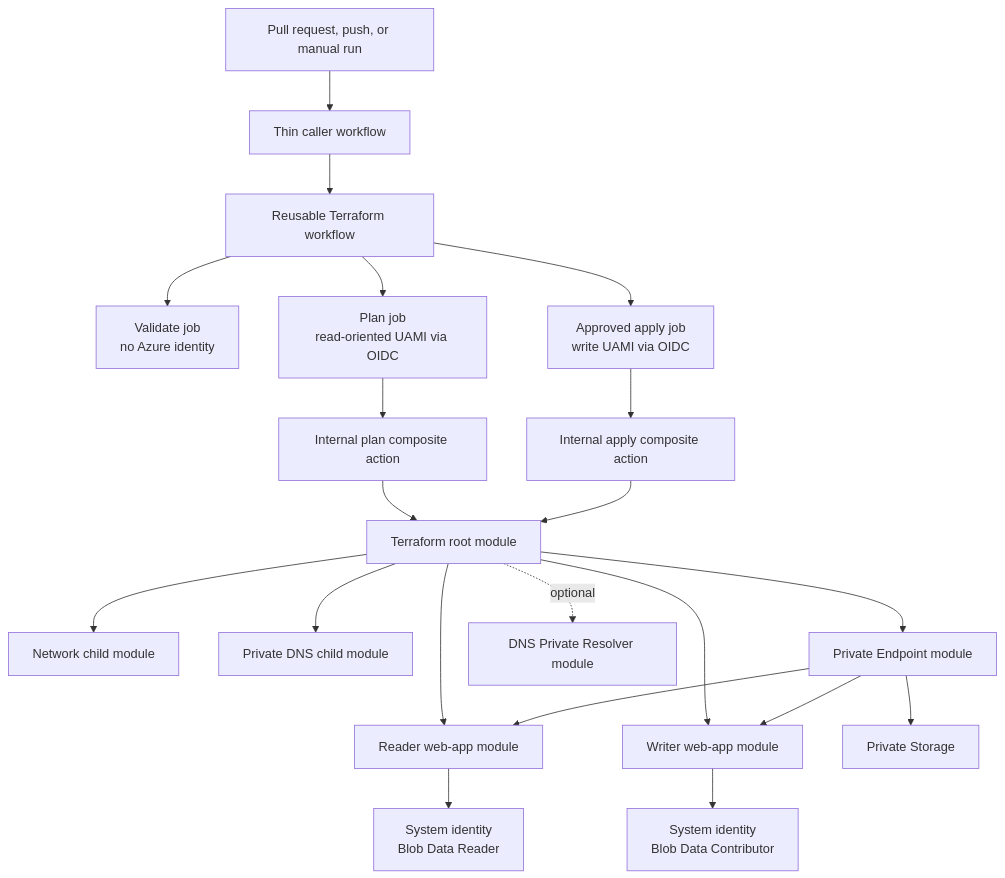
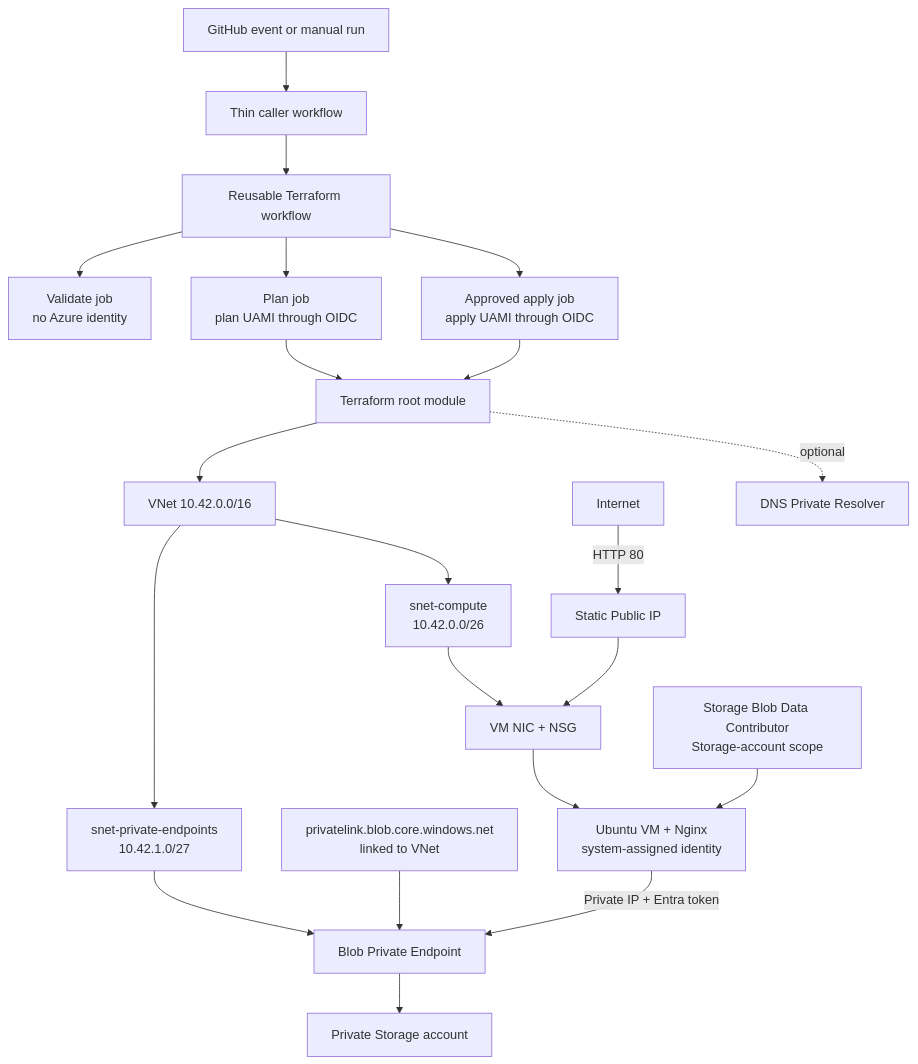
Before and after one commit to irfanozer/azure-private-app-lab: the diagram in README.md, drawn with Mermaid. The commit also changed other lines of this file and 22 other files, not shown here.

Commit message:
Switch Azure lab from App Service to a web VM

````diff
--- a/README.md
+++ b/README.md
@@ -22,27 +23,25 @@
 ```mermaid
 flowchart TD
-    E["Pull request, push, or manual run"] --> C["Thin caller workflow"]
+    G["GitHub event or manual run"] --> C["Thin caller workflow"]
     C --> R["Reusable Terraform workflow"]
+    R --> V["Validate job<br/>no Azure identity"]
+    R --> P["Plan job<br/>plan UAMI through OIDC"]
+    R --> A["Approved apply job<br/>apply UAMI through OIDC"]
+    P --> TF["Terraform root module"]
+    A --> TF
 
-    R --> V["Validate job<br/>no Azure identity"]
-    R --> P["Plan job<br/>read-oriented UAMI via OIDC"]
-    R --> A["Approved apply job<br/>write UAMI via OIDC"]
+    TF --> NET["VNet 10.42.0.0/16"]
+    NET --> CS["snet-compute<br/>10.42.0.0/26"]
+    NET --> PS["snet-private-endpoints<br/>10.42.1.0/27"]
+    CS --> NIC["VM NIC + NSG"]
+    PIP["Static Public IP"] --> NIC
+    Internet -->|"HTTP 80"| PIP
+    NIC --> VM["Ubuntu VM + Nginx<br/>system-assigned identity"]
 
-    P --> PA["Internal plan composite action"]
-    A --> AA["Internal apply composite action"]
-    PA --> TF["Terraform root module"]
-    AA --> TF
-
-    TF --> N["Network child module"]
-    TF --> D["Private DNS child module"]
-    TF --> W1["Reader web-app module"]
-    TF --> W2["Writer web-app module"]
-    TF --> PE["Private Endpoint module"]
-    TF -. "optional" .-> DR["DNS Private Resolver module"]
-
-    W1 --> MI1["System identity<br/>Blob Data Reader"]
-    W2 --> MI2["System identity<br/>Blob Data Contributor"]
-    PE --> S["Private Storage"]
-    PE --> W1
-    PE --> W2
+    PS --> PE["Blob Private Endpoint"]
+    PE --> ST["Private Storage account"]
+    DNS["privatelink.blob.core.windows.net<br/>linked to VNet"] --> PE
+    VM -->|"Private IP + Entra token"| PE
+    RBAC["Storage Blob Data Contributor<br/>Storage-account scope"] --> VM
+    TF -. "optional" .-> DR["DNS Private Resolver"]
 ```
````
